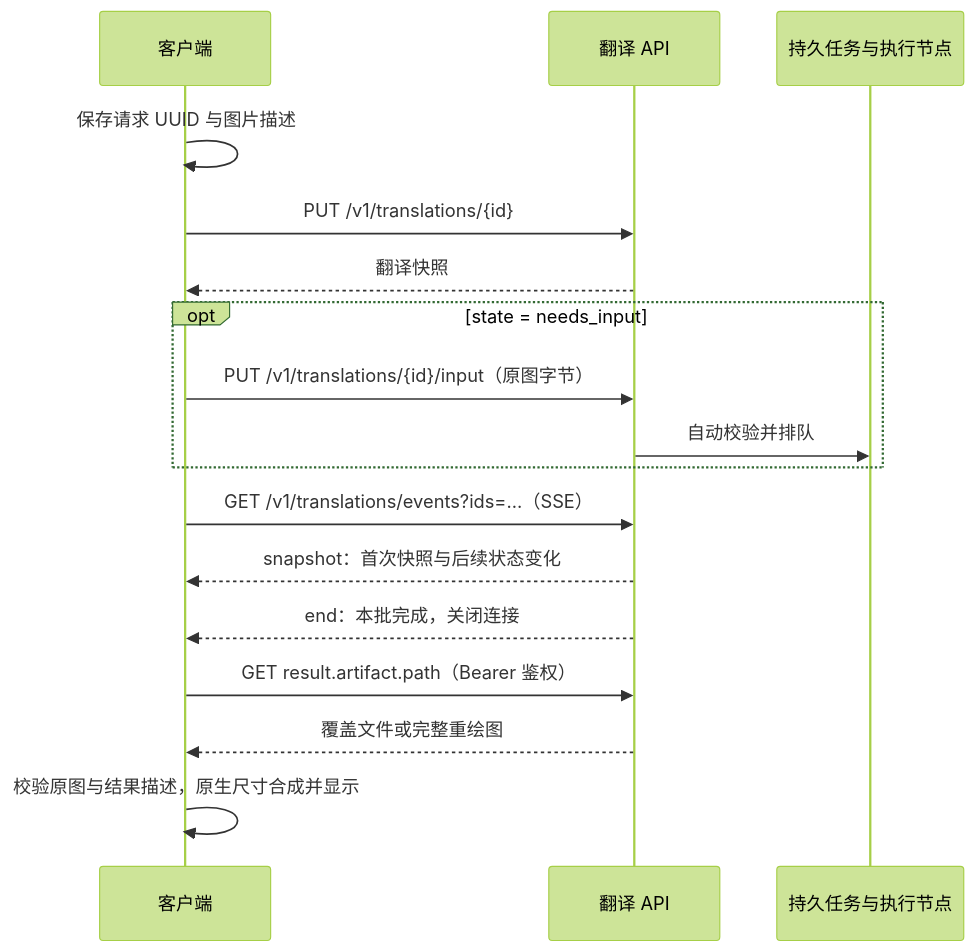
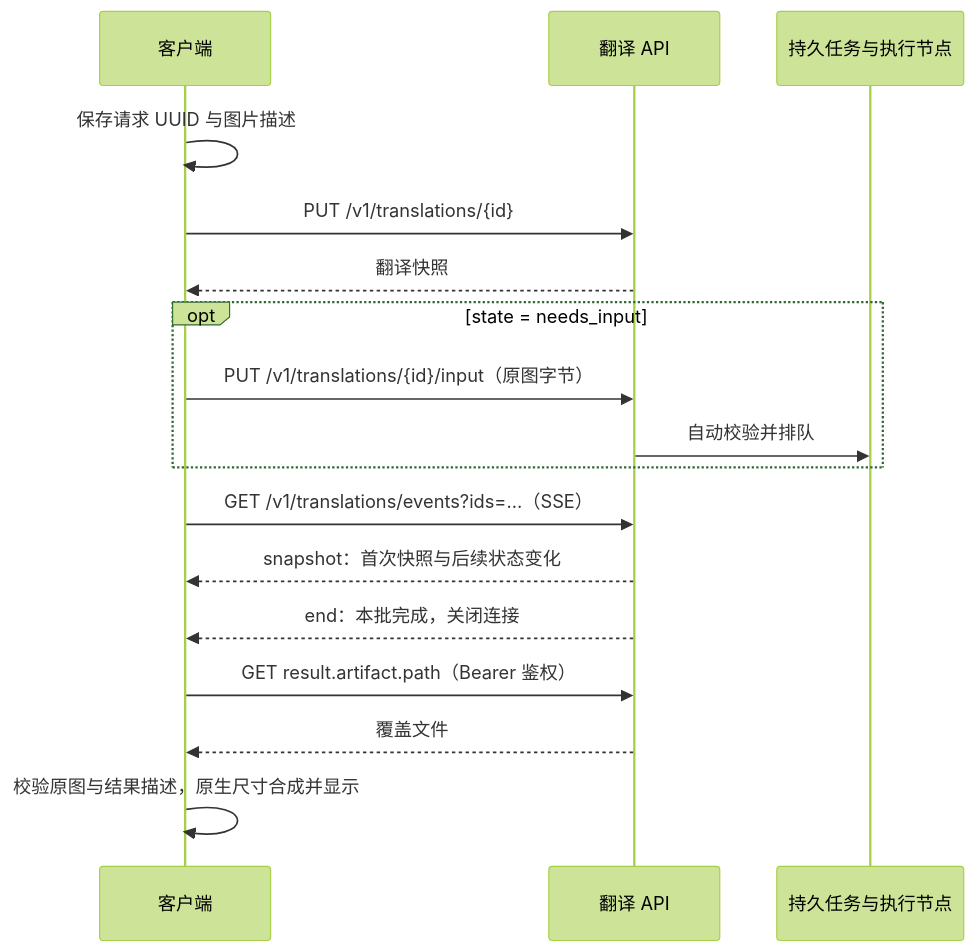
One commit to Wy2926/node-comics changed the diagram in docs/READING_TRANSLATION_CONTRACT.md. Above: the diagram before and after it, drawn with Mermaid (forest theme). The commit also changed other lines of this file and 270 other files, not shown here.

````diff
--- a/docs/READING_TRANSLATION_CONTRACT.md
+++ b/docs/READING_TRANSLATION_CONTRACT.md
@@ -21,19 +21,19 @@
 ```mermaid
 sequenceDiagram
   participant C as 客户端
   participant A as 翻译 API
   participant W as 持久任务与执行节点
   C->>C: 保存请求 UUID 与图片描述
   C->>A: PUT /v1/translations/{id}
   A-->>C: 翻译快照
   opt state = needs_input
     C->>A: PUT /v1/translations/{id}/input（原图字节）
     A->>W: 自动校验并排队
   end
   C->>A: GET /v1/translations/events?ids=…（SSE）
   A-->>C: snapshot：首次快照与后续状态变化
   A-->>C: end：本批完成，关闭连接
   C->>A: GET result.artifact.path（Bearer 鉴权）
-  A-->>C: 覆盖文件或完整重绘图
+  A-->>C: 覆盖文件
   C->>C: 校验原图与结果描述，原生尺寸合成并显示
 ```
````
